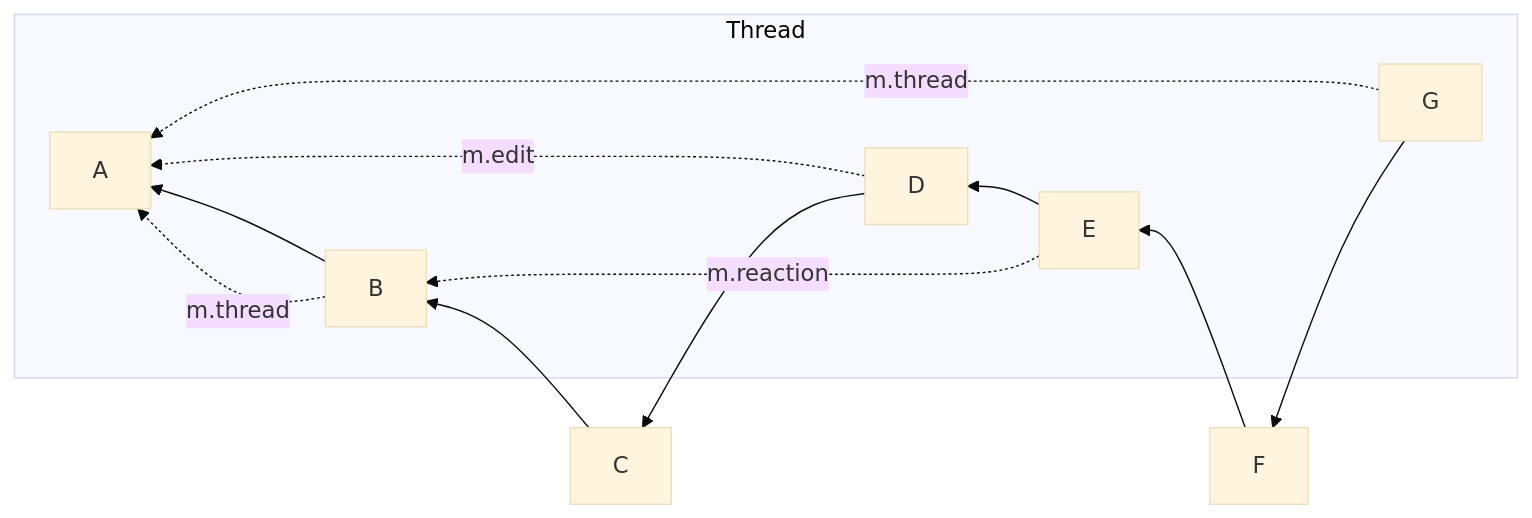
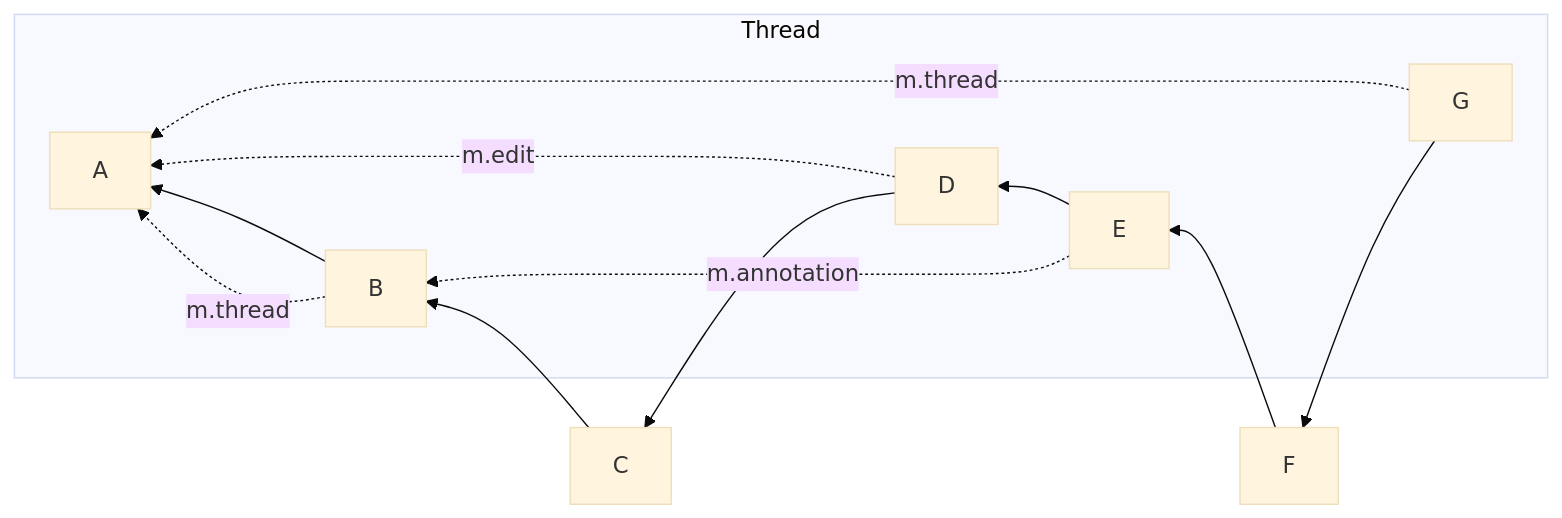
Before and after one commit to matrix-org/matrix-spec-proposals: the diagram in proposals/3981-relations-recursion.md, drawn with Mermaid (base theme).

Commit message:
fix: correct mixup between event type and rel type

````diff
--- a/proposals/3981-relations-recursion.md
+++ b/proposals/3981-relations-recursion.md
@@ -82,14 +82,14 @@
 ```mermaid
 flowchart RL
     subgraph Thread
     G
     E-->D
     B-->A
     end
     B-.->|m.thread|A
     G-.->|m.thread|A
-    E-.->|m.reaction|B
+    E-.->|m.annotation|B
     D-.->|m.edit|A
     G-->F-->E
     D-->C-->B
 ```
````
